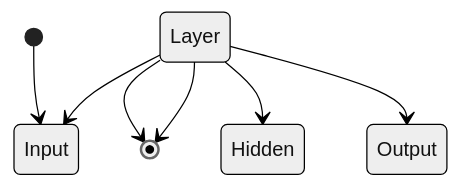
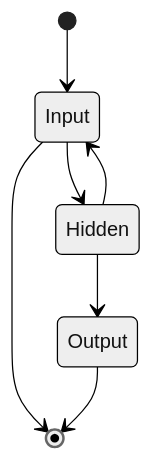
One commit to Photon1c/cheddarbutler_v3_goldenpotato changed the diagram in README.md. Above: the diagram before and after it, drawn with Mermaid (neutral theme).

````diff
--- a/README.md
+++ b/README.md
@@ -9,10 +9,10 @@
 ```mermaid
 stateDiagram-v2
-[*] --> Input Layer
-Input Layer --> [*]
-Input Layer --> Hidden Layer
-Hidden Layer --> Input Layer
-Hidden Layer --> Output Layer
-Output Layer --> [*]
+[*] --> Input
+Input --> [*]
+Input --> Hidden
+Hidden --> Input
+Hidden --> Output
+Output --> [*]
 
 ```
````
